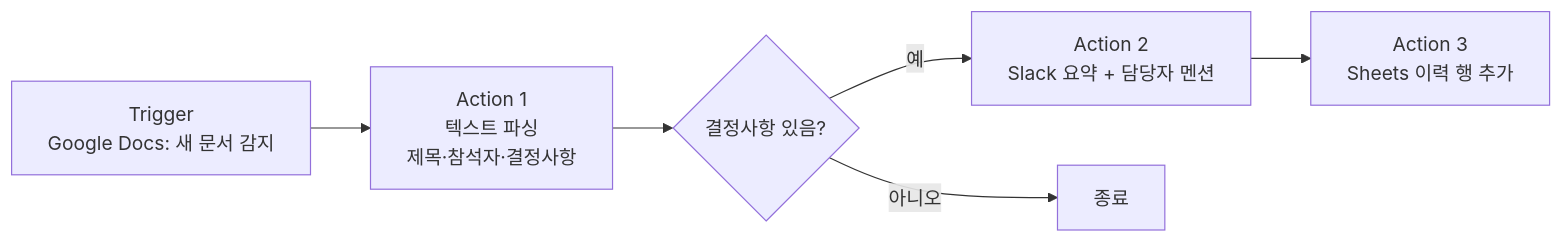
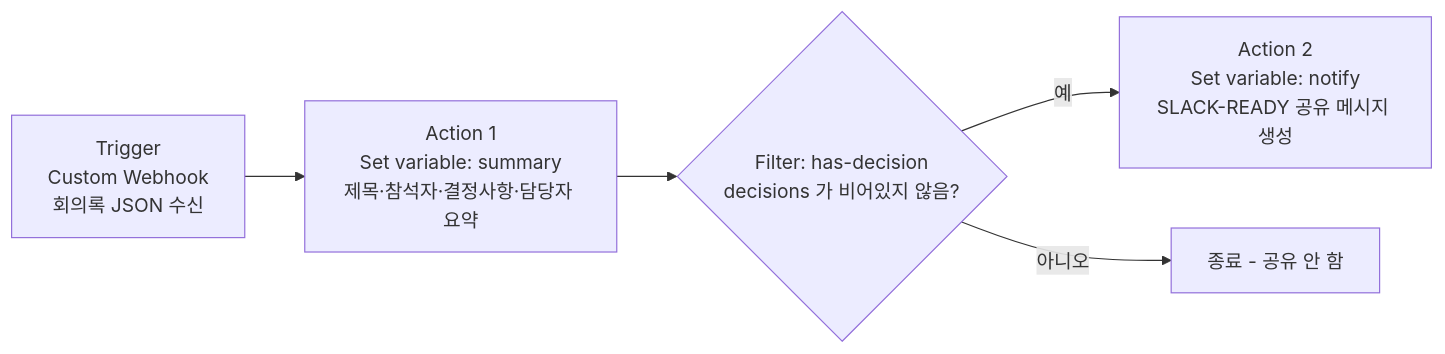
The diagram in project2-free-topic/README.md (jihyuntesting-boop/B1-2.-GenAI-2-), drawn with Mermaid before and after one commit. The commit also changed other lines of this file and 4 other files, not shown here.

````diff
--- a/project2-free-topic/README.md
+++ b/project2-free-topic/README.md
@@ -22,8 +21,7 @@
 ```mermaid
 flowchart LR
-    T[Trigger<br/>Google Docs: 새 문서 감지] --> P[Action 1<br/>텍스트 파싱<br/>제목·참석자·결정사항]
-    P --> F{결정사항 있음?}
-    F -- 예 --> S[Action 2<br/>Slack 요약 + 담당자 멘션]
-    S --> G[Action 3<br/>Sheets 이력 행 추가]
-    F -- 아니오 --> X[종료]
+    T[Trigger<br/>Custom Webhook<br/>회의록 JSON 수신] --> A1[Action 1<br/>Set variable: summary<br/>제목·참석자·결정사항·담당자 요약]
+    A1 --> F{Filter: has-decision<br/>decisions 가 비어있지 않음?}
+    F -- 예 --> A2[Action 2<br/>Set variable: notify<br/>SLACK-READY 공유 메시지 생성]
+    F -- 아니오 --> X[종료 - 공유 안 함]
 ```
````
